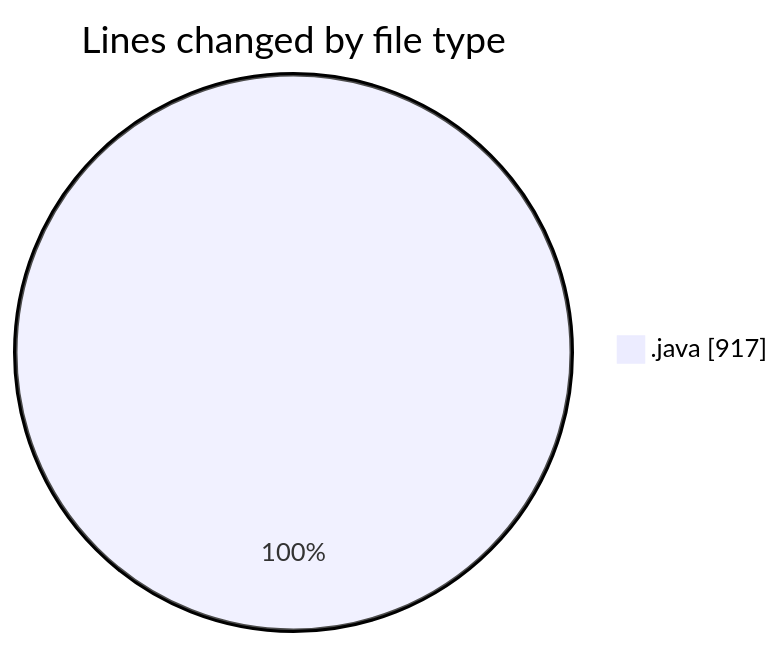
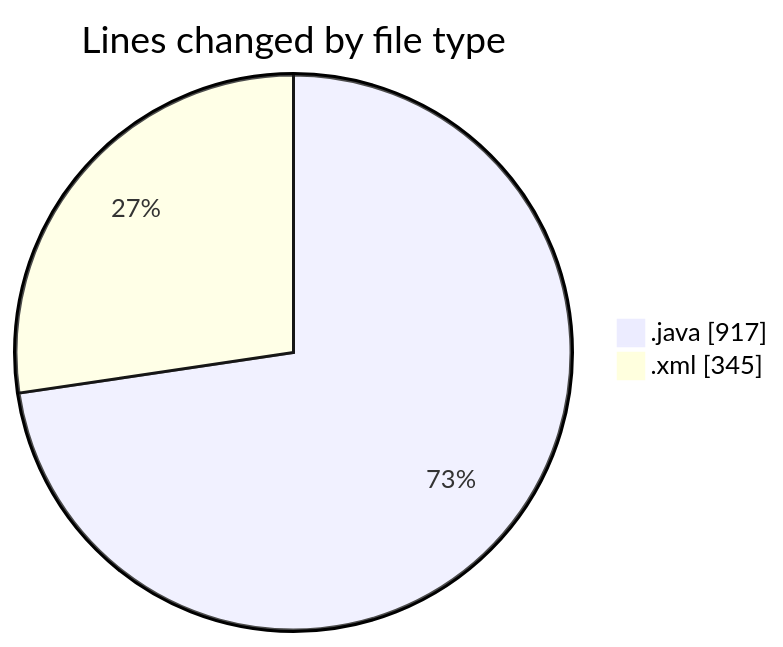
The first of 2 diagrams in 2026-10-01/cilreports__workspace_/README.md (ricardozamudiocil/code-tracking), drawn with Mermaid before and after one commit. The commit also changed other lines of this file and 1 other file, not shown here.

````diff
--- a/2026-10-01/cilreports__workspace_/README.md
+++ b/2026-10-01/cilreports__workspace_/README.md
@@ -20,5 +21,6 @@
 ```mermaid
 pie showData
 title Lines changed by file type
 ".java" : 917
+".xml" : 345
 ```
````
